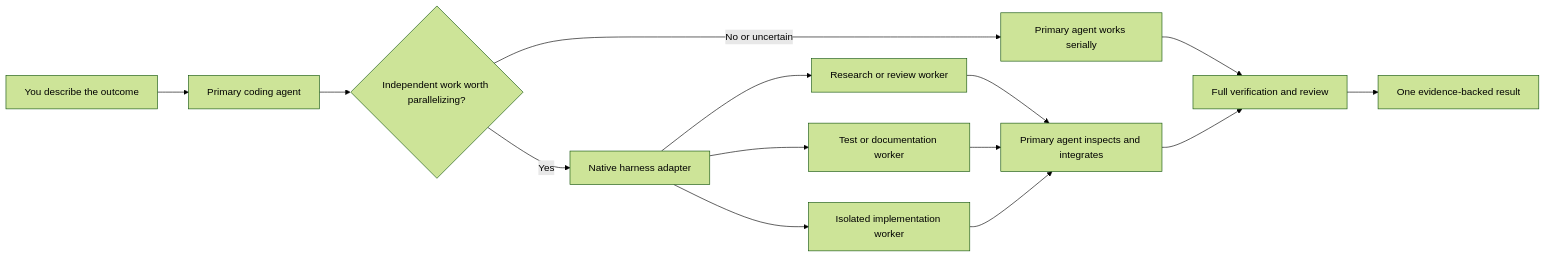
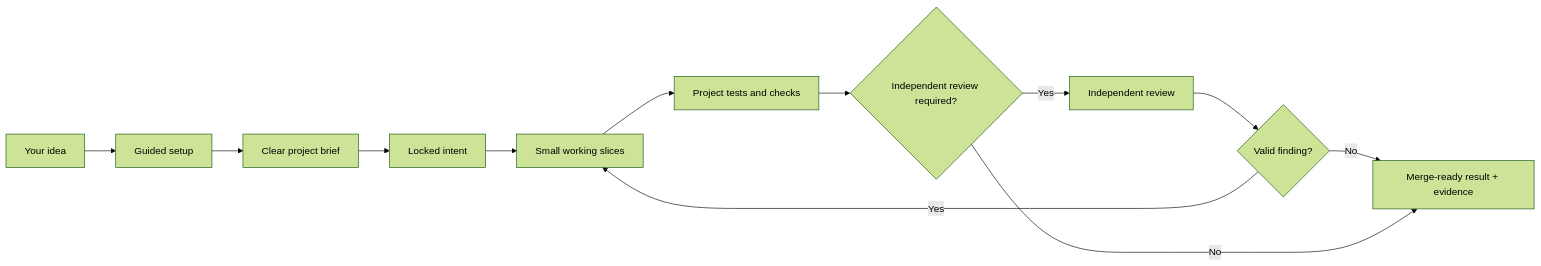
Before and after one commit to samtay32/ultimate-agent-stack: the diagram in README.md, drawn with Mermaid (forest theme). The commit also changed other lines of this file and 1 other file, not shown here.

````diff
--- a/README.md
+++ b/README.md
@@ -171,16 +84,14 @@
 ```mermaid
 flowchart LR
-    U["You describe the outcome"] --> P["Primary coding agent"]
-    P --> D{"Independent work worth parallelizing?"}
-    D -- "No or uncertain" --> S["Primary agent works serially"]
-    D -- "Yes" --> A["Native harness adapter"]
-    A --> R["Research or review worker"]
-    A --> T["Test or documentation worker"]
-    A --> W["Isolated implementation worker"]
-    R --> I["Primary agent inspects and integrates"]
-    T --> I
-    W --> I
-    S --> V["Full verification and review"]
-    I --> V
-    V --> O["One evidence-backed result"]
+    I["Your idea"] --> S["Guided setup"]
+    S --> B["Clear project brief"]
+    B --> L["Locked intent"]
+    L --> V["Small working slices"]
+    V --> T["Project tests and checks"]
+    T --> Q{"Independent review required?"}
+    Q -- "Yes" --> R["Independent review"]
+    R --> F{"Valid finding?"}
+    F -- "Yes" --> V
+    F -- "No" --> D["Merge-ready result + evidence"]
+    Q -- "No" --> D
 ```
````
